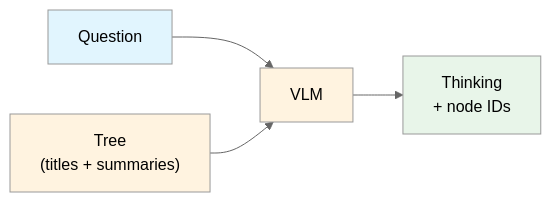
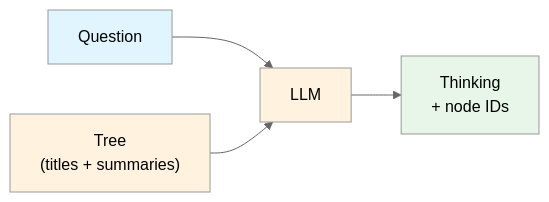
One commit to AyushSinghRana15/Vectorless-RAG changed the second of 3 diagrams in lab1/lab1_vectorless_rag.md. Above: the diagram before and after it, drawn with Mermaid (neutral theme). The commit also changed other lines of this file, not shown here.

````diff
--- a/lab1/lab1_vectorless_rag.md
+++ b/lab1/lab1_vectorless_rag.md
@@ -283,10 +266,10 @@
 ```mermaid
 flowchart LR
-    A["Question"] --> C["VLM"]
+    A["Question"] --> C["LLM"]
     B["Tree\n(titles + summaries)"] --> C
     C --> D["Thinking\n+ node IDs"]
     style A fill:#e1f5fe
     style B fill:#fff3e0
     style C fill:#fff3e0
     style D fill:#e8f5e9
 ```
````
